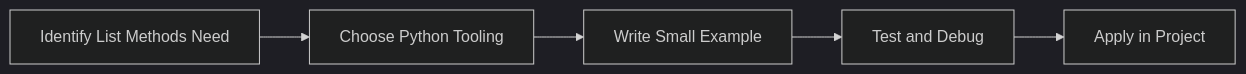
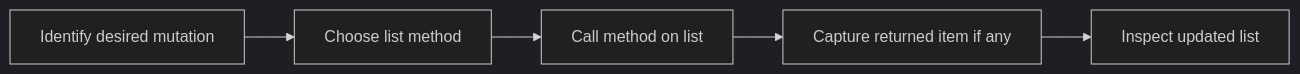
Before and after one commit to SYMOIZ/E-Learning-Portal: the diagram in Python-Mastery/Beginner/17-list-methods.md, drawn with Mermaid (dark theme). The commit also changed other lines of this file and 116 other files, not shown here.

````diff
--- a/Python-Mastery/Beginner/17-list-methods.md
+++ b/Python-Mastery/Beginner/17-list-methods.md
@@ -124,7 +130,12 @@
 ```mermaid
 flowchart LR
-    A[Identify List Methods Need] --> B[Choose Python Tooling]
-    B --> C[Write Small Example]
-    C --> D[Test and Debug]
-    D --> E[Apply in Project]
+    A[Identify desired mutation]
+    B[Choose list method]
+    C[Call method on list]
+    D[Capture returned item if any]
+    E[Inspect updated list]
+    A --> B
+    B --> C
+    C --> D
+    D --> E
 ```
````
